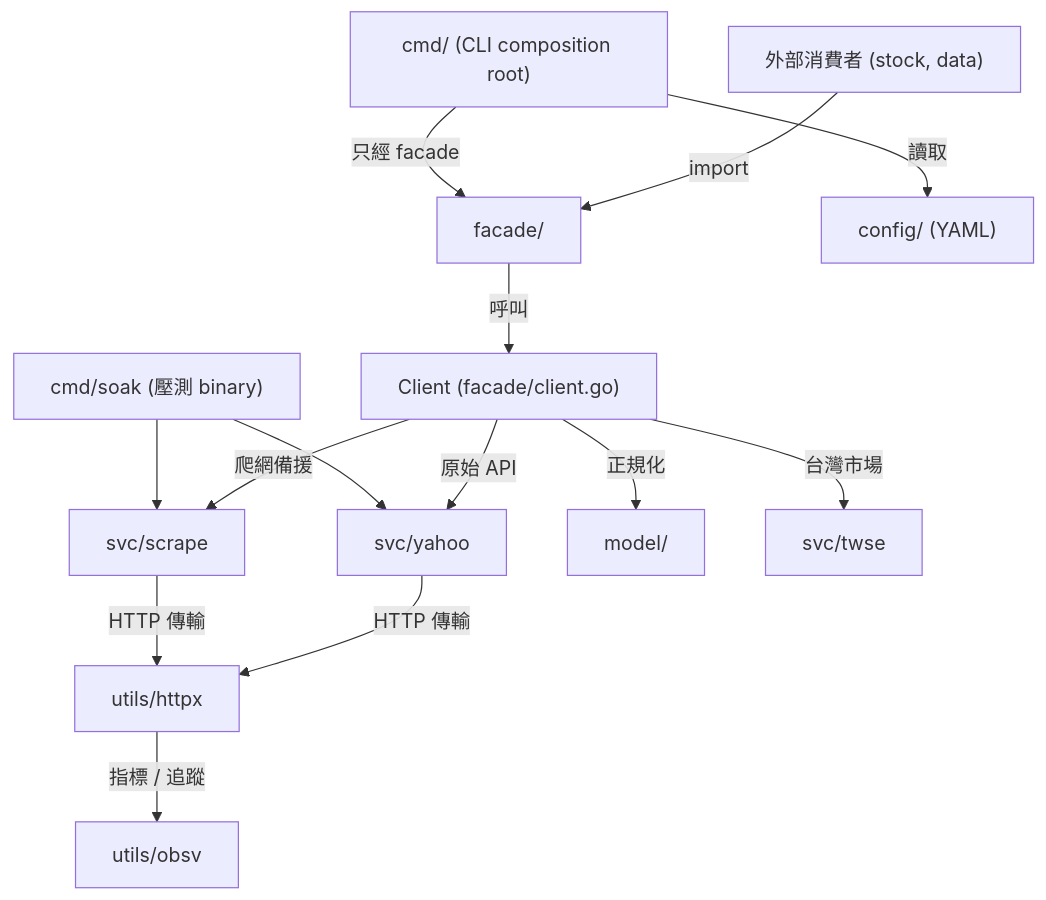
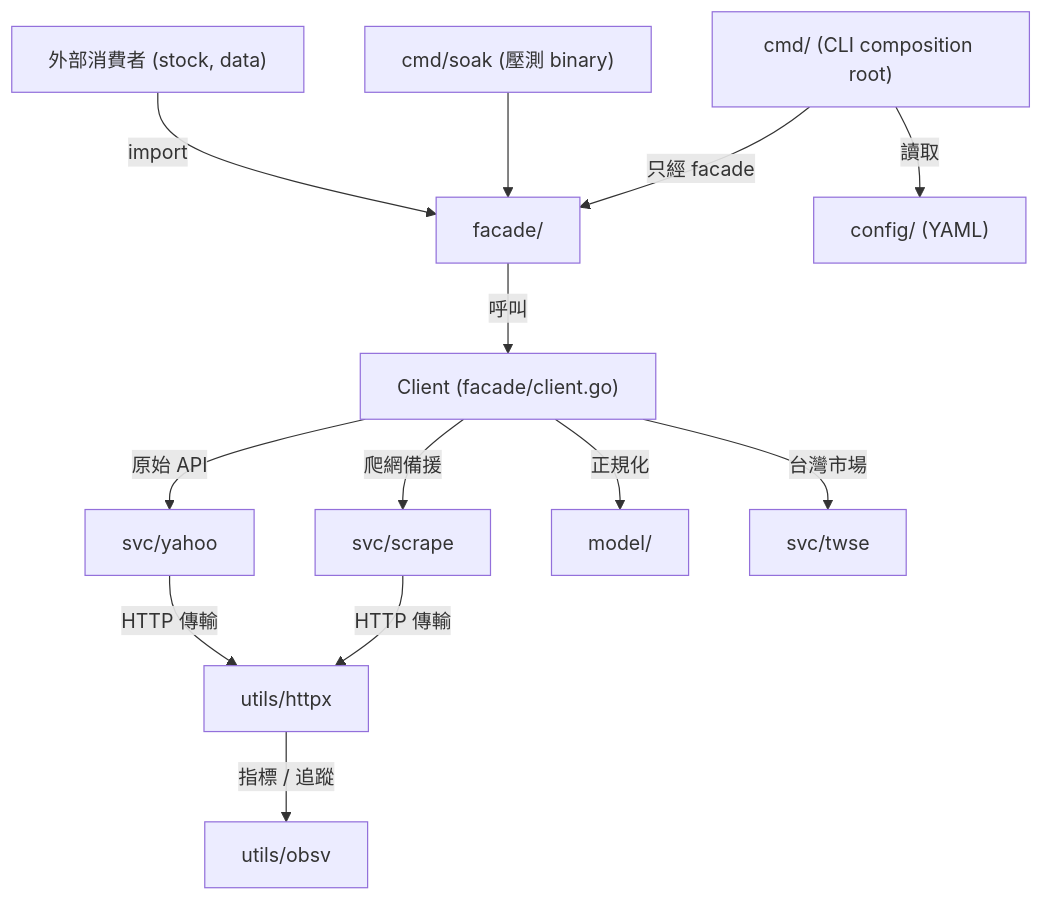
One commit to BizShuk/yfin changed the diagram in docs/getting-started/packages.md. Above: the diagram before and after it, drawn with Mermaid. The commit also changed other lines of this file and 71 other files, not shown here.

````diff
--- a/docs/getting-started/packages.md
+++ b/docs/getting-started/packages.md
@@ -11,20 +11,19 @@
 ```mermaid
 flowchart TD
     EXT["外部消費者 (stock, data)"] -->|"import"| FAC["facade/"]
     FAC -->|"呼叫"| YC["Client (facade/client.go)"]
 
     YC -->|"原始 API"| YS["svc/yahoo"]
     YC -->|"爬網備援"| SC["svc/scrape"]
     YC -->|"正規化"| MD["model/"]
     YC -->|"台灣市場"| TW["svc/twse"]
 
     YS -->|"HTTP 傳輸"| HX["utils/httpx"]
     SC -->|"HTTP 傳輸"| HX
     HX -->|"指標 / 追蹤"| OB["utils/obsv"]
 
-    SOAK["cmd/soak (壓測 binary)"] --> YS
-    SOAK --> SC
+    SOAK["cmd/soak (壓測 binary)"] --> FAC
 
     CMD["cmd/ (CLI composition root)"] -->|"讀取"| CFG["config/ (YAML)"]
     CMD -->|"只經 facade"| FAC
 ```
````
